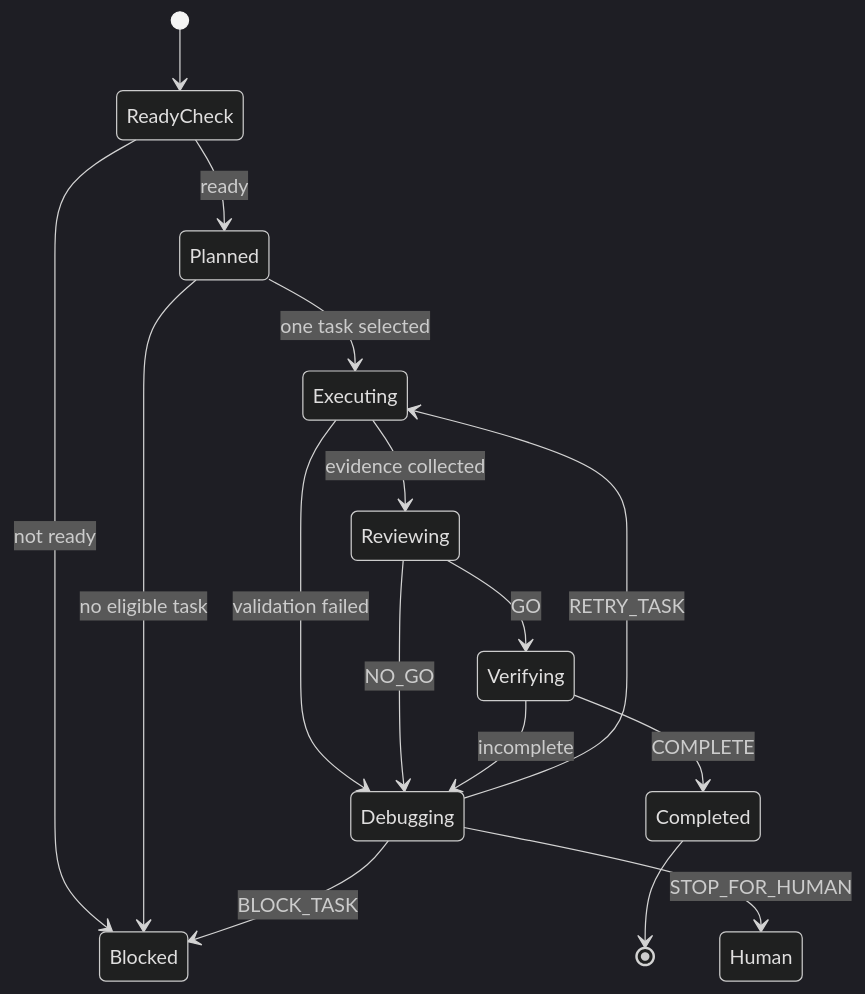
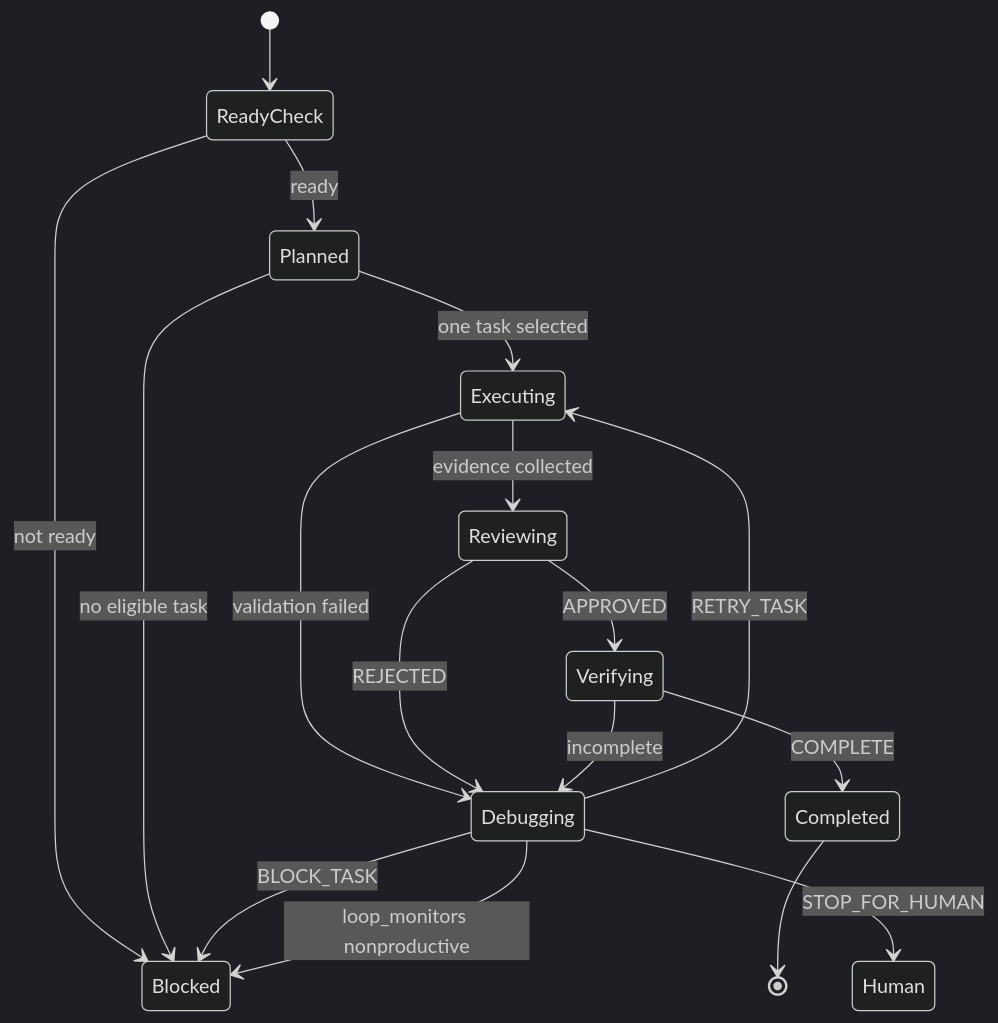
One commit to j5ik2o/takt-sdd changed the third of 3 diagrams in .kiro/specs/kiro-iterative-implementation-workflow/design.md. Above: the diagram before and after it, drawn with Mermaid (dark theme). The commit also changed other lines of this file and 25 other files, not shown here.

````diff
--- a/.kiro/specs/kiro-iterative-implementation-workflow/design.md
+++ b/.kiro/specs/kiro-iterative-implementation-workflow/design.md
@@ -236,18 +241,19 @@
 ```mermaid
 stateDiagram-v2
     [*] --> ReadyCheck
     ReadyCheck --> Blocked: not ready
     ReadyCheck --> Planned: ready
     Planned --> Executing: one task selected
     Planned --> Blocked: no eligible task
     Executing --> Reviewing: evidence collected
     Executing --> Debugging: validation failed
-    Reviewing --> Verifying: GO
-    Reviewing --> Debugging: NO_GO
+    Reviewing --> Verifying: APPROVED
+    Reviewing --> Debugging: REJECTED
     Debugging --> Executing: RETRY_TASK
     Debugging --> Blocked: BLOCK_TASK
     Debugging --> Human: STOP_FOR_HUMAN
+    Debugging --> Blocked: loop_monitors nonproductive
     Verifying --> Completed: COMPLETE
     Verifying --> Debugging: incomplete
     Completed --> [*]
 ```
````
